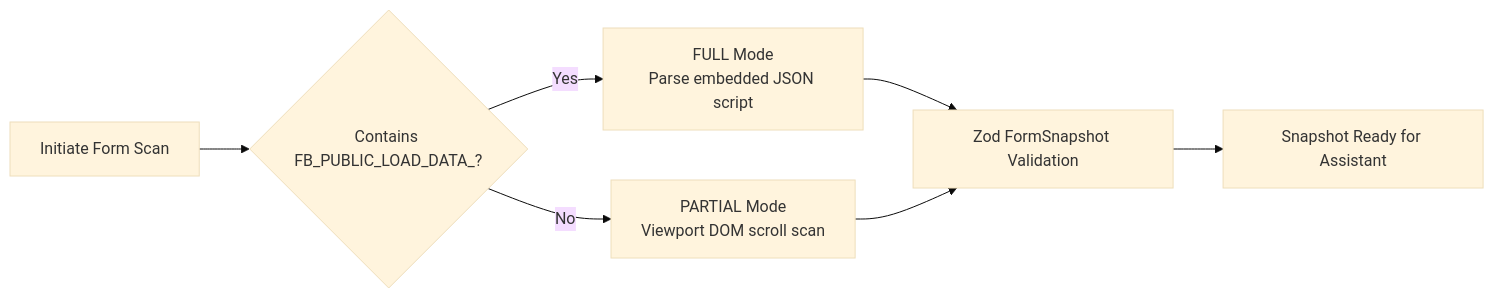
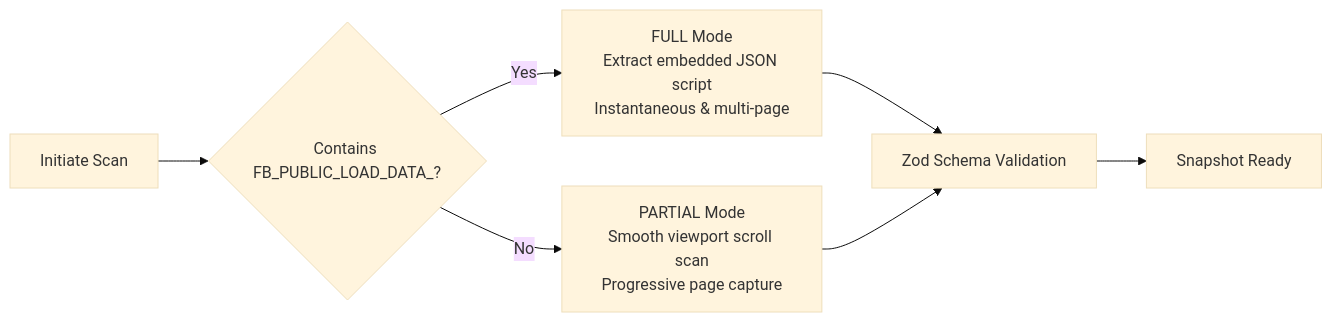
One commit to nicksboson/Form-Copilot changed the second of 3 diagrams in README.md. Above: the diagram before and after it, drawn with Mermaid (base theme). The commit also changed other lines of this file, not shown here.

````diff
--- a/README.md
+++ b/README.md
@@ -129,9 +110,9 @@
 ```mermaid
 flowchart LR
-    Start["Initiate Form Scan"] --> CheckScript{"Contains FB_PUBLIC_LOAD_DATA_?"}
-    CheckScript -- Yes --> ModeFull["FULL Mode<br/>Parse embedded JSON script"]
-    CheckScript -- No --> ModePartial["PARTIAL Mode<br/>Viewport DOM scroll scan"]
-    ModeFull --> Validate["Zod FormSnapshot Validation"]
+    Start["Initiate Scan"] --> CheckScript{"Contains FB_PUBLIC_LOAD_DATA_?"}
+    CheckScript -- Yes --> ModeFull["FULL Mode<br/>Extract embedded JSON script<br/>Instantaneous & multi-page"]
+    CheckScript -- No --> ModePartial["PARTIAL Mode<br/>Smooth viewport scroll scan<br/>Progressive page capture"]
+    ModeFull --> Validate["Zod Schema Validation"]
     ModePartial --> Validate
-    Validate --> Ready["Snapshot Ready for Assistant"]
+    Validate --> Ready["Snapshot Ready"]
 ```
````
